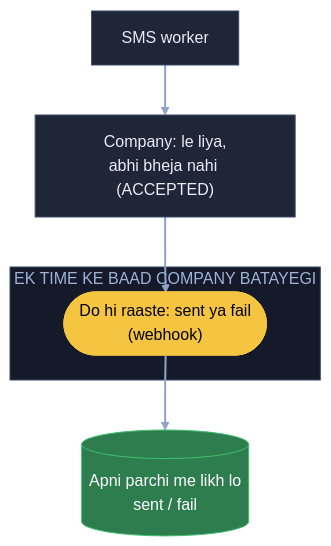
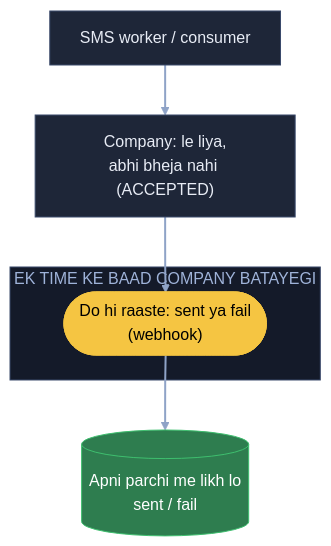
One commit to ArpanMaheshwari144/Prep changed the seventh of 10 diagrams in 04_HLD/SYSTEM_DESIGNS/04_notification_system/04_notification_system.md. Above: the diagram before and after it, drawn with Mermaid (neutral theme). The commit also changed other lines of this file and 29 other files, not shown here.

Commit message:
HLD: worker -> worker / consumer har jagah (Arpan ke 'Arpan:' shabd chhod ke); Foundations 07 pehla hissa tube + stadium

````diff
--- a/04_HLD/SYSTEM_DESIGNS/04_notification_system/04_notification_system.md
+++ b/04_HLD/SYSTEM_DESIGNS/04_notification_system/04_notification_system.md
@@ -274,18 +274,18 @@
 ```mermaid
 flowchart TB
-    W["SMS worker"]:::card
+    W["SMS worker / consumer"]:::card
     C["Company: le liya,<br/>abhi bheja nahi (ACCEPTED)"]:::card
     subgraph LB["EK TIME KE BAAD COMPANY BATAYEGI"]
         H(["Do hi raaste: sent ya fail<br/>(webhook)"]):::pill
     end
     P[("Apni parchi me likh lo<br/>sent / fail")]:::good
     W --> C
     C --> H
     H --> P
     linkStyle default stroke:#8fa3c7,stroke-width:2px
     classDef card fill:#1e2638,stroke:#3a4a6b,color:#e8ecf5
     classDef pill fill:#f5c542,stroke:#f5c542,color:#000
     classDef good fill:#2e7d4f,stroke:#3fbf6f,color:#fff
     classDef bad fill:#5c1f24,stroke:#e05561,color:#fff
     style LB fill:#141a29,stroke:#3a4a6b,color:#9fb3d9
 ```
````
